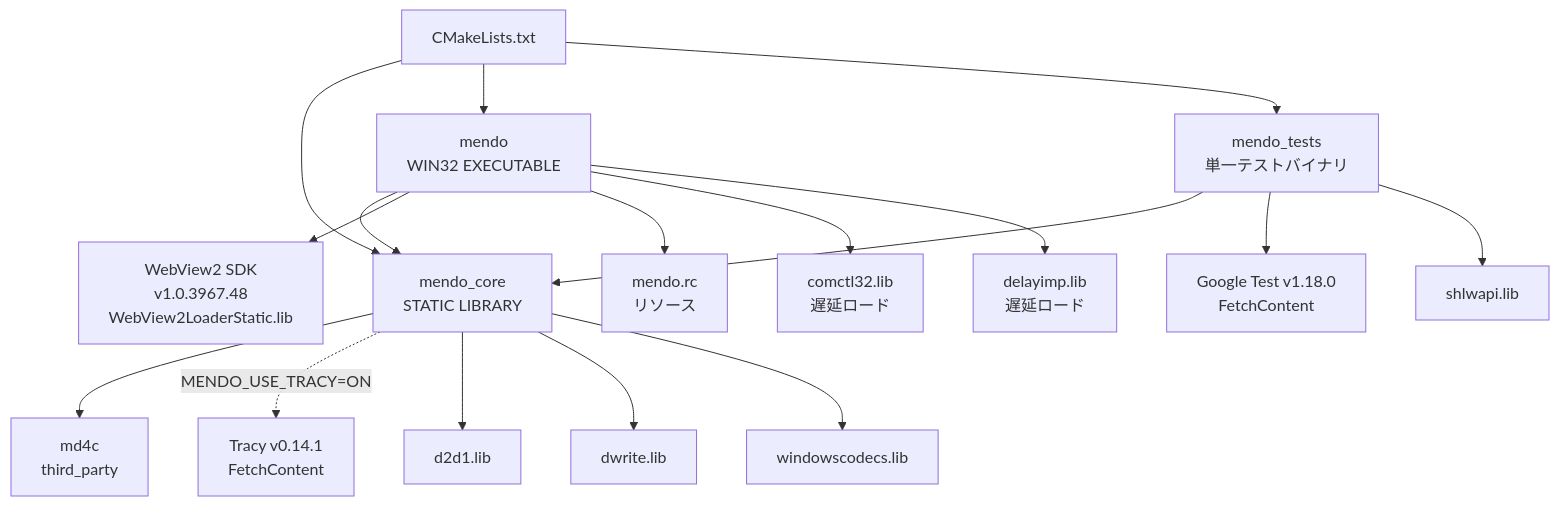
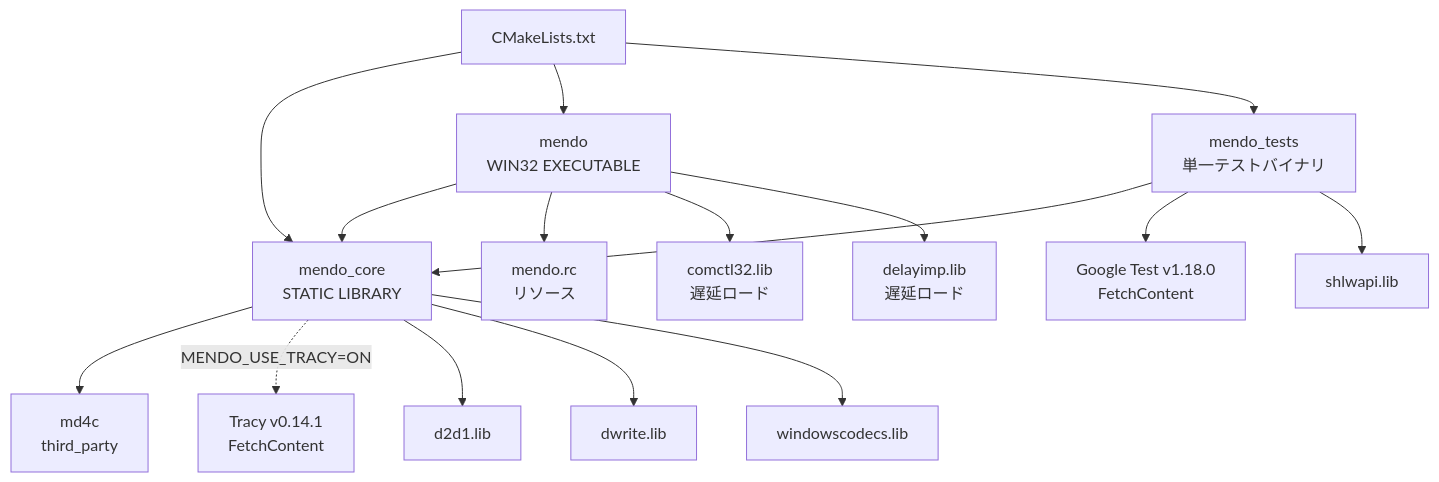
Before and after one commit to tanaton/mendo: diagram 20 of 27 in example/test.md, drawn with Mermaid. The commit also changed other lines of this file and 47 other files, not shown here.

````diff
--- a/example/test.md
+++ b/example/test.md
@@ -3173,21 +3141,20 @@
 ```mermaid
 graph TD
     ROOT[CMakeLists.txt] --> CORE[mendo_core<br>STATIC LIBRARY]
     ROOT --> EXE[mendo<br>WIN32 EXECUTABLE]
     ROOT --> TEST[mendo_tests<br>単一テストバイナリ]
 
     CORE --> MD4C[md4c<br>third_party]
     CORE -.->|MENDO_USE_TRACY=ON| TRACY[Tracy v0.14.1<br>FetchContent]
     EXE --> CORE
-    EXE --> WV2[WebView2 SDK<br>v1.0.3967.48<br>WebView2LoaderStatic.lib]
     EXE --> RC[mendo.rc<br>リソース]
     TEST --> CORE
     TEST --> GTEST[Google Test v1.18.0<br>FetchContent]
     TEST --> SHLWAPI[shlwapi.lib]
 
     CORE --> D2D1[d2d1.lib]
     CORE --> DWRITE[dwrite.lib]
     CORE --> WIC_LIB[windowscodecs.lib]
     EXE --> COMCTL[comctl32.lib<br>遅延ロード]
     EXE --> DELAY[delayimp.lib<br>遅延ロード]
 ```
````
